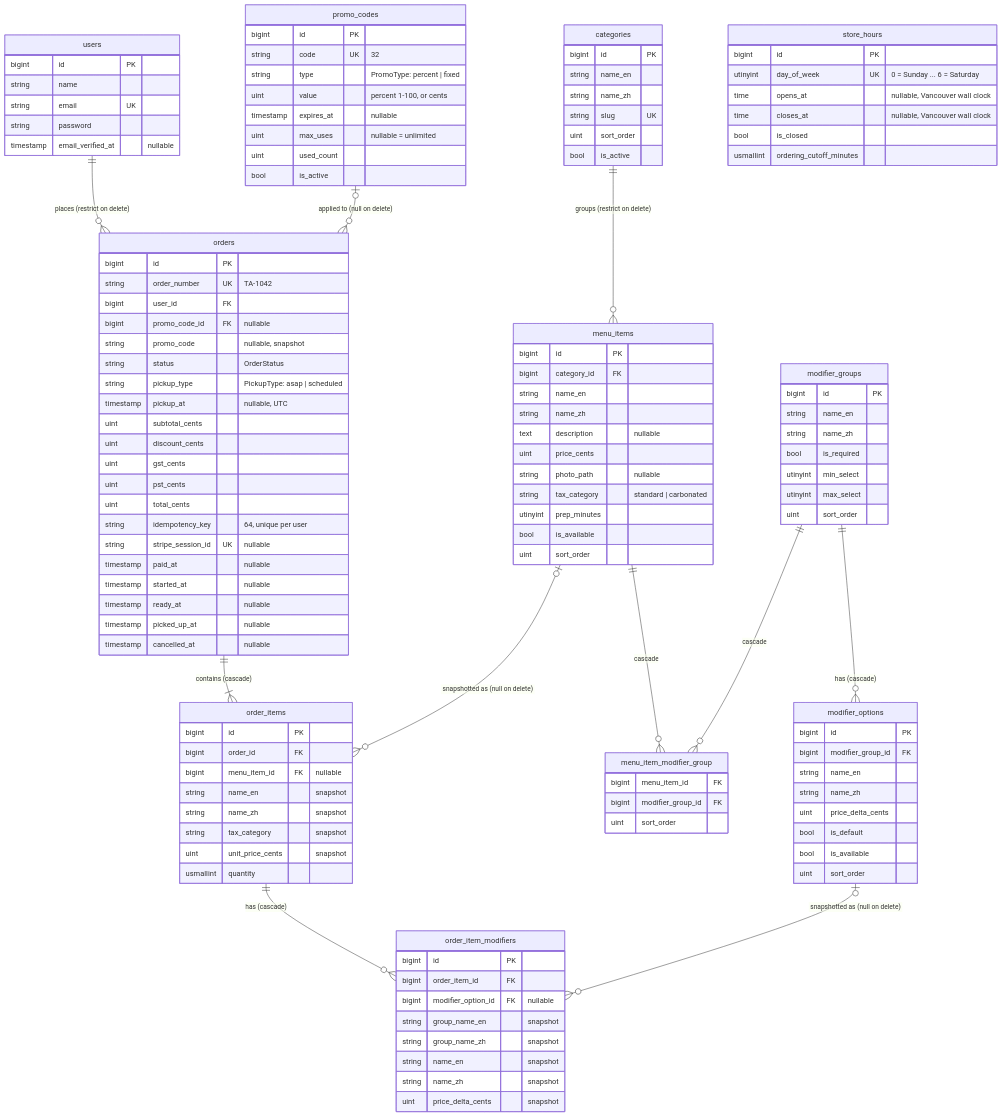
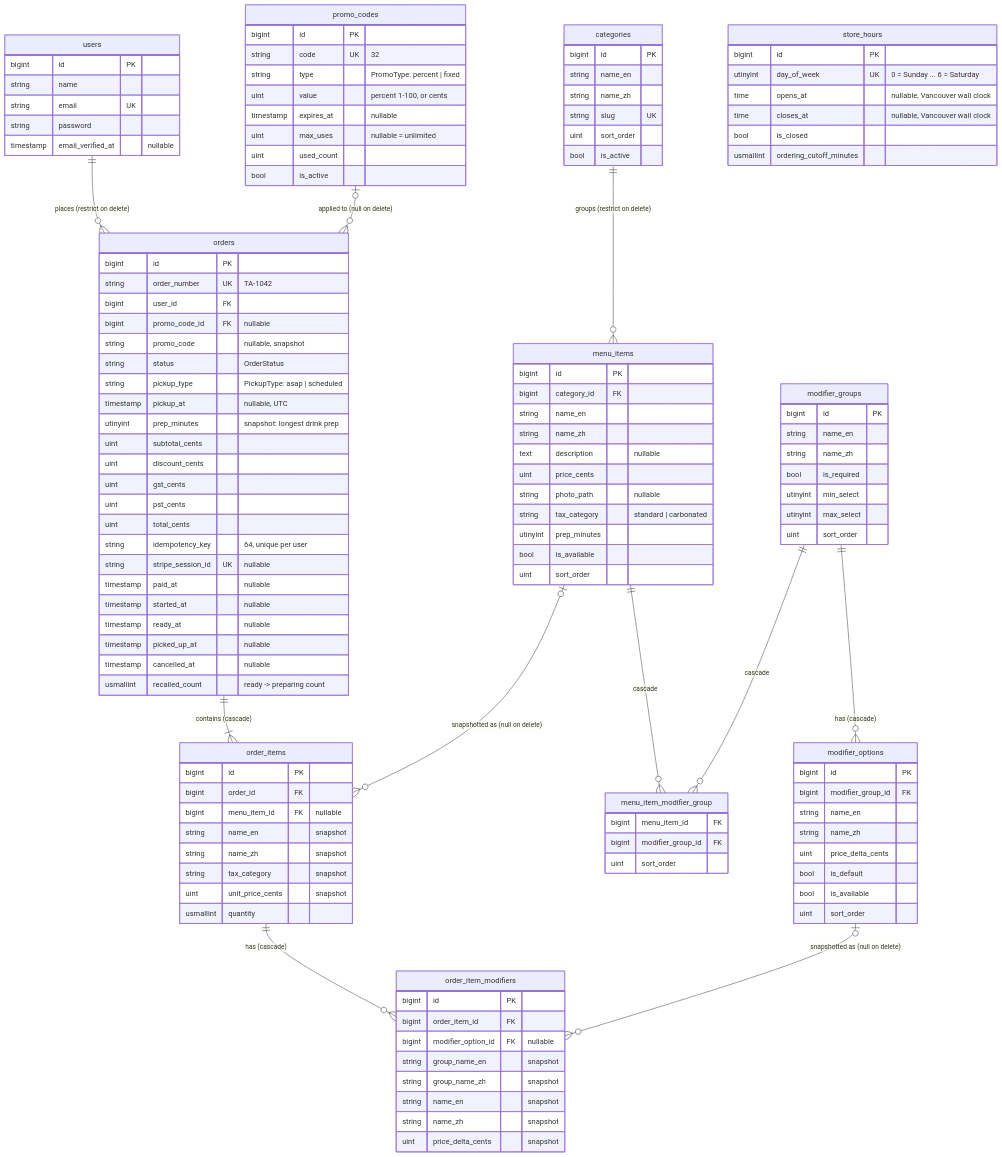
One commit to Jacky1366/tea-alley changed the diagram in docs/erd.md. Above: the diagram before and after it, drawn with Mermaid. The commit also changed other lines of this file and 24 other files, not shown here.

```diff
--- a/docs/erd.md
+++ b/docs/erd.md
@@ -94,6 +94,7 @@
         string status "OrderStatus"
         string pickup_type "PickupType: asap | scheduled"
         timestamp pickup_at "nullable, UTC"
+        utinyint prep_minutes "snapshot: longest drink prep"
         uint subtotal_cents
         uint discount_cents
         uint gst_cents
@@ -106,6 +107,7 @@
         timestamp ready_at "nullable"
         timestamp picked_up_at "nullable"
         timestamp cancelled_at "nullable"
+        usmallint recalled_count "ready -> preparing count"
     }
 
     order_items {
```
